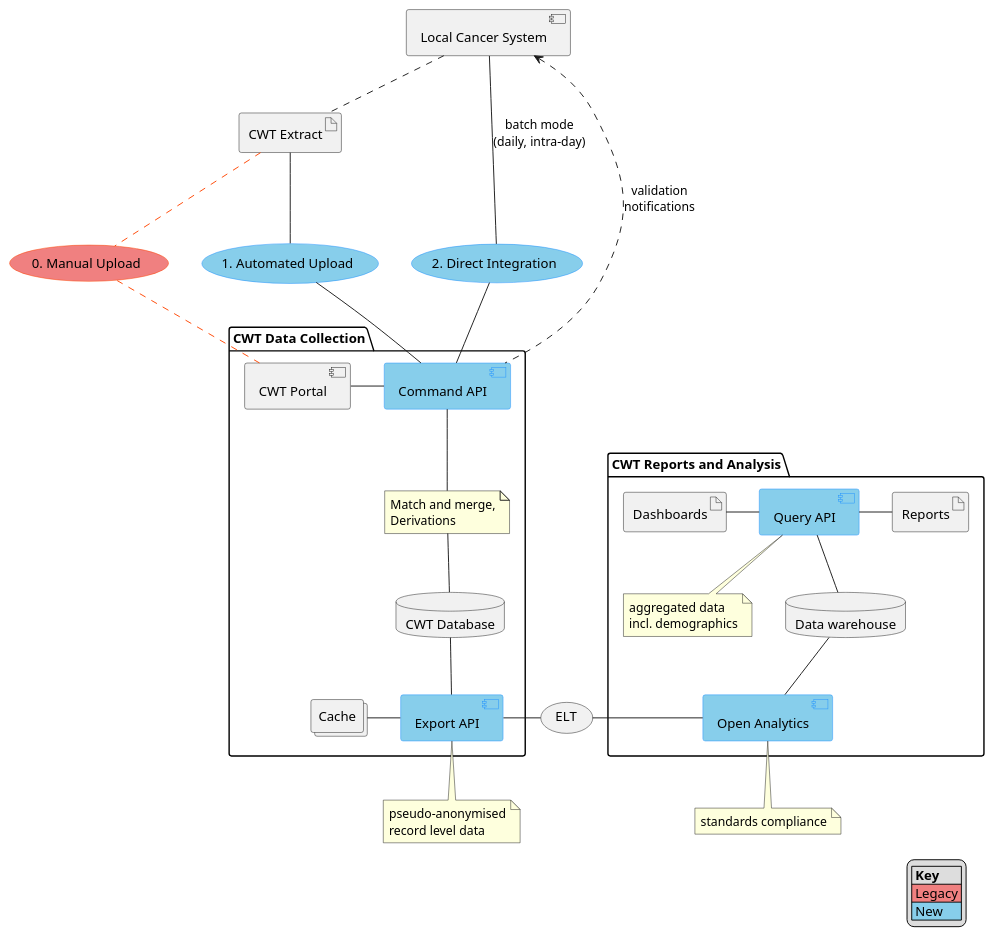
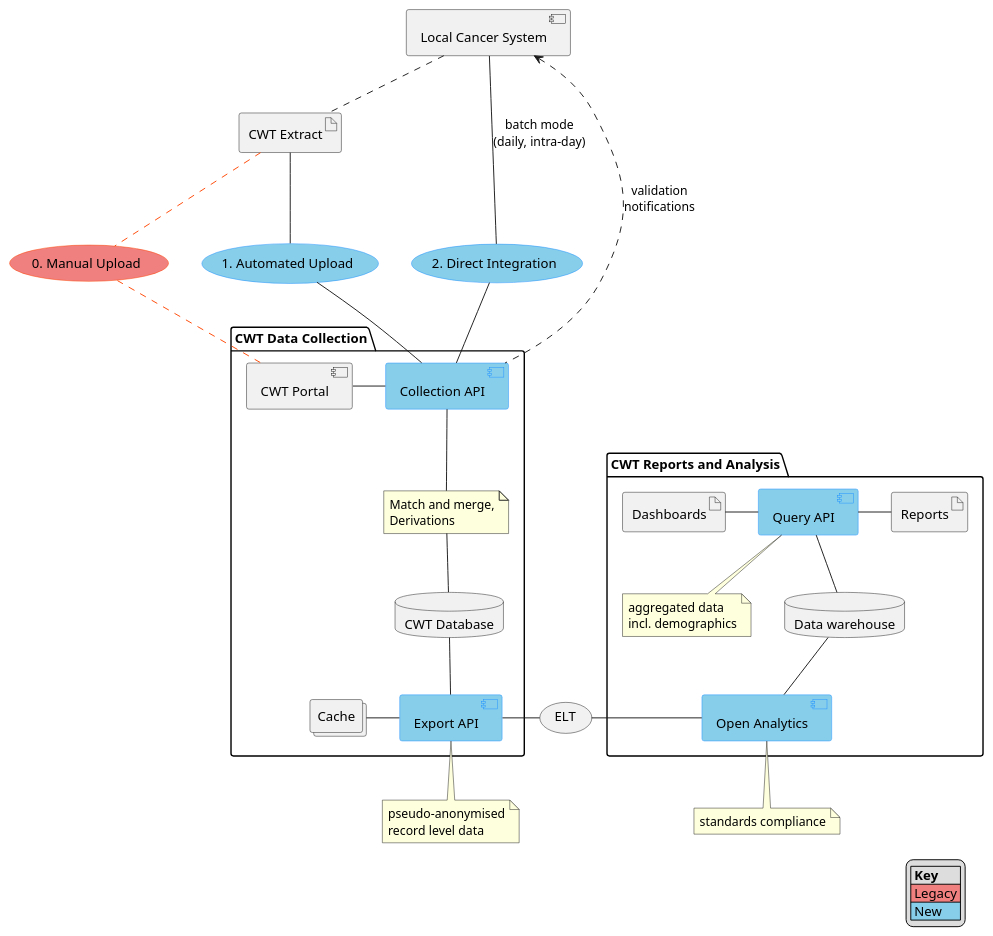
Before and after one commit to nhsx/dt-public: the diagram in CWT/ToBe/conceptual-model-compact.puml, drawn with PlantUML. The commit also changed 5 other files, not shown here.

Commit message:
Update file(s) "/." from "nhsx/dt-architecture"

```diff
--- a/CWT/ToBe/conceptual-model-compact.puml
+++ b/CWT/ToBe/conceptual-model-compact.puml
@@ -1,138 +1,138 @@
 @startuml cwt-tobe-conceptual-model-compact
 'left to right direction
 
 hide stereotype
 skinparam usecase {
   BackgroundColor<<New>> #SkyBlue
   BorderColor<<New>> #DodgerBlue
 
   BackgroundColor<<Legacy>> #LightCoral  
   BorderColor<<Legacy>> #OrangeRed
 
   BackgroundColor<<Future>> #Moccasin  
   BorderColor<<Future>> #SandyBrown  
 }
 
 skinparam component {
   BackgroundColor<<New>> #SkyBlue
   BorderColor<<New>> #DodgerBlue
 
   BackgroundColor<<Legacy>> #LightCoral  
   BorderColor<<Legacy>> #OrangeRed
 }
 
 skinparam queue {
   BackgroundColor<<Future>> #Moccasin  
   BorderColor<<Future>> #SandyBrown    
 }
 
 skinparam arrow {
   Color<<Legacy>> #OrangeRed 
 }
 
 skinparam rectangle {
   BackgroundColor<<New>> #SkyBlue
   BorderColor<<New>> #DodgerBlue
 
   BackgroundColor<<Legacy>> #LightCoral  
   BorderColor<<Legacy>> #OrangeRed
 
   BackgroundColor<<Future>> #Moccasin  
   BorderColor<<Future>> #SandyBrown    
 }
 
 component "Local Cancer System" as lcs
 
 artifact "CWT Extract" as file
 
 usecase "0. Manual Upload" <<Legacy>> as mup
 usecase "1. Automated Upload" <<New>> as aup
 usecase "2. Direct Integration" <<New>> as di
 
 package "CWT Data Collection" {
 
 component "CWT Portal" as cwt
 
-component "Command API" <<New>> as capi
+component "Collection API" <<New>> as capi
 database "CWT Database" as db
 component "Export API" <<New>>   as eapi
 
 collections "Cache" as cache
 
 note as n4
  Match and merge,
  Derivations 
 endnote
 
 cwt - capi
 capi -- n4
 n4 -- db 
 db -- eapi
 cache - eapi
 
 }
 
 package "CWT Reports and Analysis" {
 
 component "Open Analytics" <<New>> as oa
 database "Data warehouse" as dw
 component "Query API" <<New>> as qapi
 artifact "Dashboards" as dbs
 artifact "Reports" as rpt
 
 note as n3
   aggregated data 
   incl. demographics
 endnote
 
 }
 
 note as n1
   pseudo-anonymised
   record level data
 endnote
 
 note as n2
   standards compliance
 endnote
 
 lcs .. file
 file .. mup<<Legacy>>
 mup .. cwt<<Legacy>>
 
 file -- aup
 aup -- capi
 
 lcs --- di : batch mode\n(daily, intra-day)
 di -- capi
 
 usecase  elt [
   ELT
 ]
 
 eapi - elt
 elt - oa
 oa -up- dw
 
 dw -up- qapi
 
 qapi -left- dbs
 qapi -right- rpt
 
 eapi -- n1
 oa -- n2
 qapi -- n3
 
 lcs <... capi : validation\nnotifications 
 
 'layout
 'aup . di
 'endlayout
 
 legend right
 |= Key |
 |<#LightCoral> Legacy |
 |<#SkyBlue> New |
 endlegend
 
 @enduml
```
